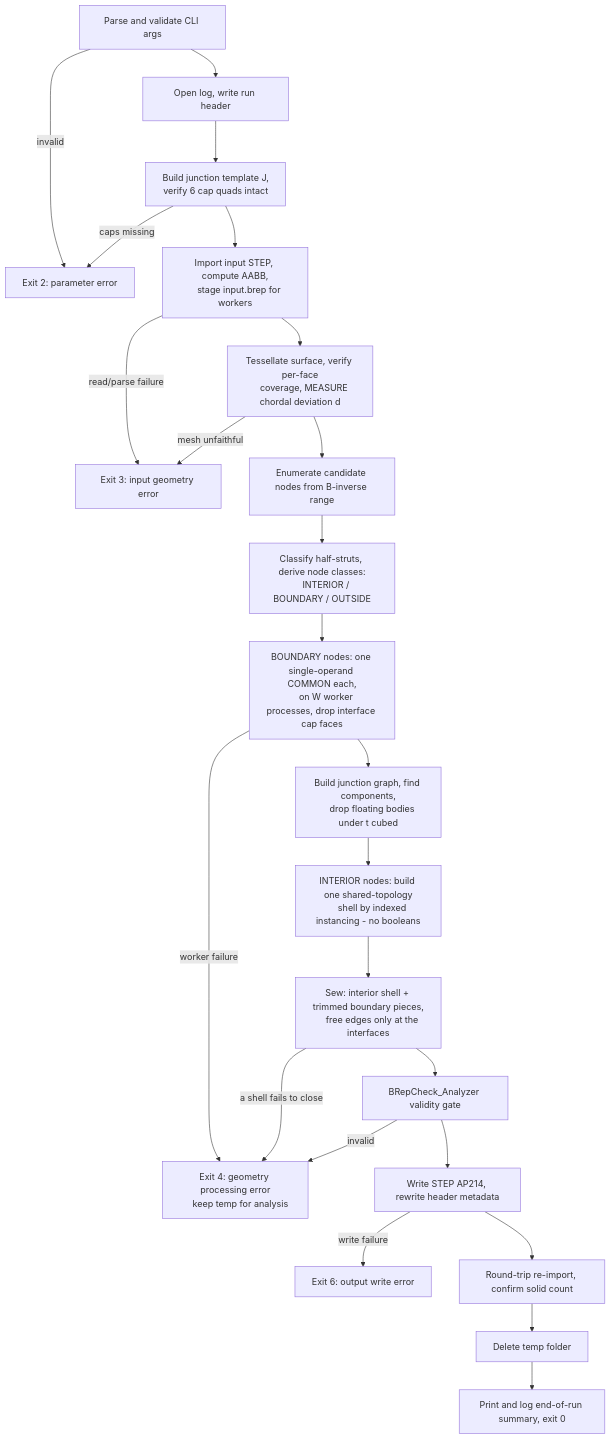
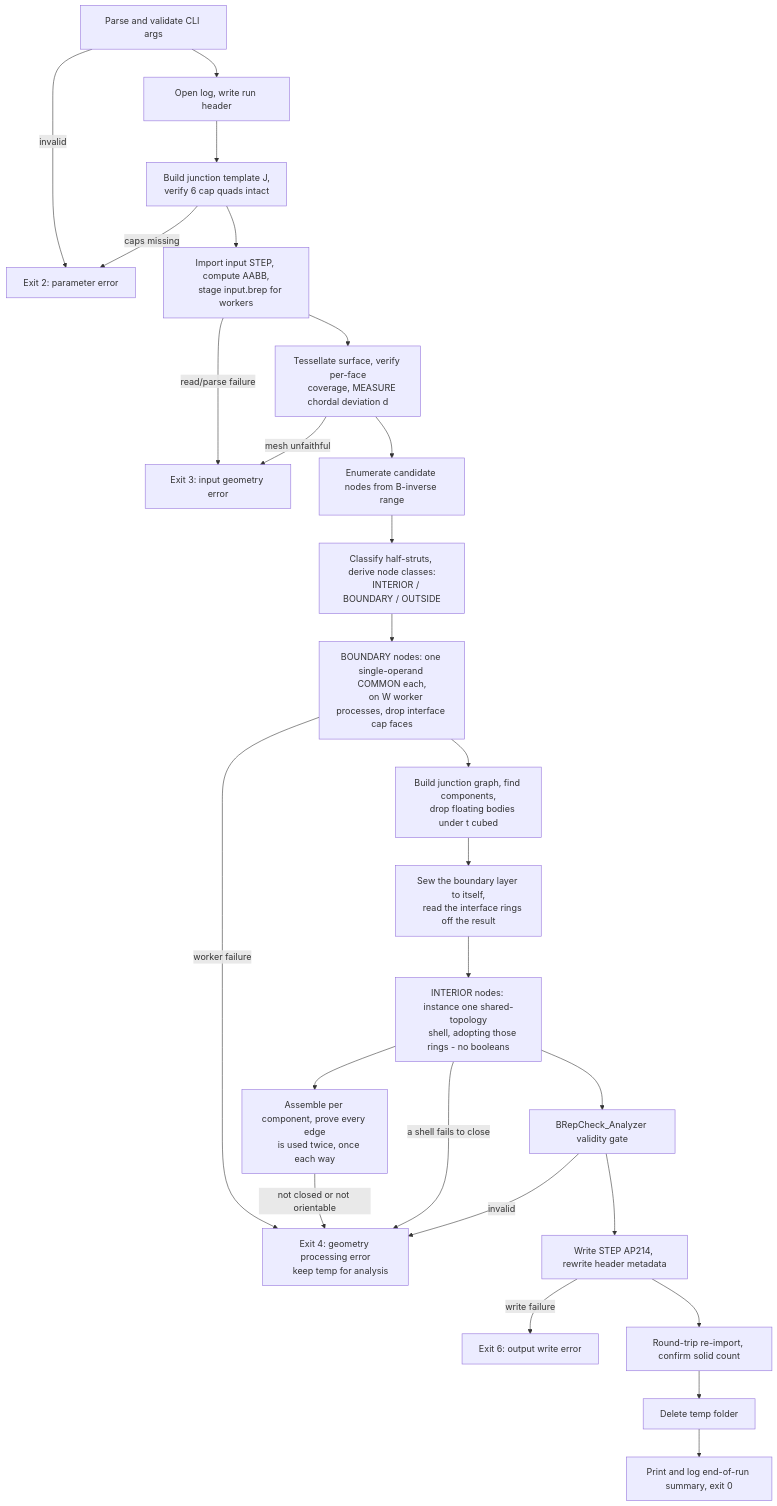
Before and after one commit to arnego/latticegen2: the first of 2 diagrams in docs/algorithm.md, drawn with Mermaid. The commit also changed other lines of this file and 21 other files, not shown here.

First line of the commit message:
Fix the unmatched-interface failure and take the interior shell out of sewing (5h04m -> 35m) (#9)

````diff
--- a/docs/algorithm.md
+++ b/docs/algorithm.md
@@ -196,35 +198,38 @@
 ```mermaid
 flowchart TD
     A[Parse and validate CLI args] -->|invalid| E1[Exit 2: parameter error]
     A --> B[Open log, write run header]
     B --> C[Build junction template J,
     verify 6 cap quads intact]
     C -->|caps missing| E1
     C --> D[Import input STEP, compute AABB,
     stage input.brep for workers]
     D -->|read/parse failure| E2[Exit 3: input geometry error]
     D --> F[Tessellate surface, verify per-face
     coverage, MEASURE chordal deviation d]
     F -->|mesh unfaithful| E2
     F --> G[Enumerate candidate nodes from B-inverse range]
     G --> H[Classify half-struts, derive node classes:
     INTERIOR / BOUNDARY / OUTSIDE]
     H --> I[BOUNDARY nodes: one single-operand COMMON each,
     on W worker processes, drop interface cap faces]
     I -->|worker failure| E3[Exit 4: geometry processing error
     keep temp for analysis]
     I --> J[Build junction graph, find components,
     drop floating bodies under t cubed]
-    J --> K[INTERIOR nodes: build one shared-topology
-    shell by indexed instancing - no booleans]
-    K --> L[Sew: interior shell + trimmed boundary pieces,
-    free edges only at the interfaces]
+    J --> K[Sew the boundary layer to itself,
+    read the interface rings off the result]
+    K --> L[INTERIOR nodes: instance one shared-topology
+    shell, adopting those rings - no booleans]
+    L --> M0[Assemble per component, prove every edge
+    is used twice, once each way]
+    M0 -->|not closed or not orientable| E3
     L -->|a shell fails to close| E3
     L --> M[BRepCheck_Analyzer validity gate]
     M -->|invalid| E3
     M --> N[Write STEP AP214, rewrite header metadata]
     N -->|write failure| E4[Exit 6: output write error]
     N --> O[Round-trip re-import, confirm solid count]
     O --> P[Delete temp folder]
     P --> Q[Print and log end-of-run summary, exit 0]
 ```
````
